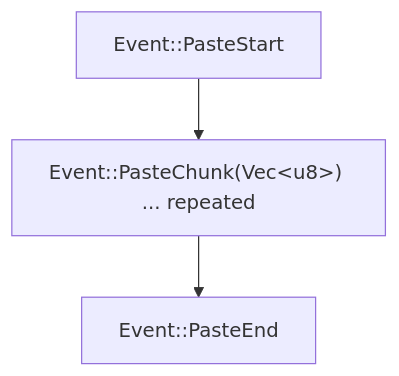
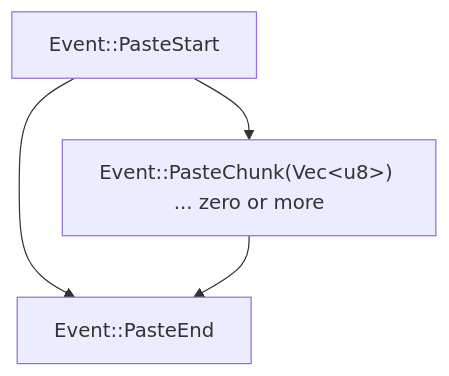
Before and after one commit to aymanbagabas/uncurses: the diagram in website/content/docs/guides/handling-paste.md, drawn with Mermaid. The commit also changed other lines of this file and 26 other files, not shown here.

````diff
--- a/website/content/docs/guides/handling-paste.md
+++ b/website/content/docs/guides/handling-paste.md
@@ -18,6 +19,7 @@
 ```mermaid
 flowchart TB
   s["Event::PasteStart"]
-  s --> c["Event::PasteChunk(Vec&lt;u8&gt;) ... repeated"]
-  c --> e["Event::PasteEnd"]
+  s --> c["Event::PasteChunk(Vec&lt;u8&gt;) ... zero or more"]
+  s --> e["Event::PasteEnd"]
+  c --> e
 ```
````
